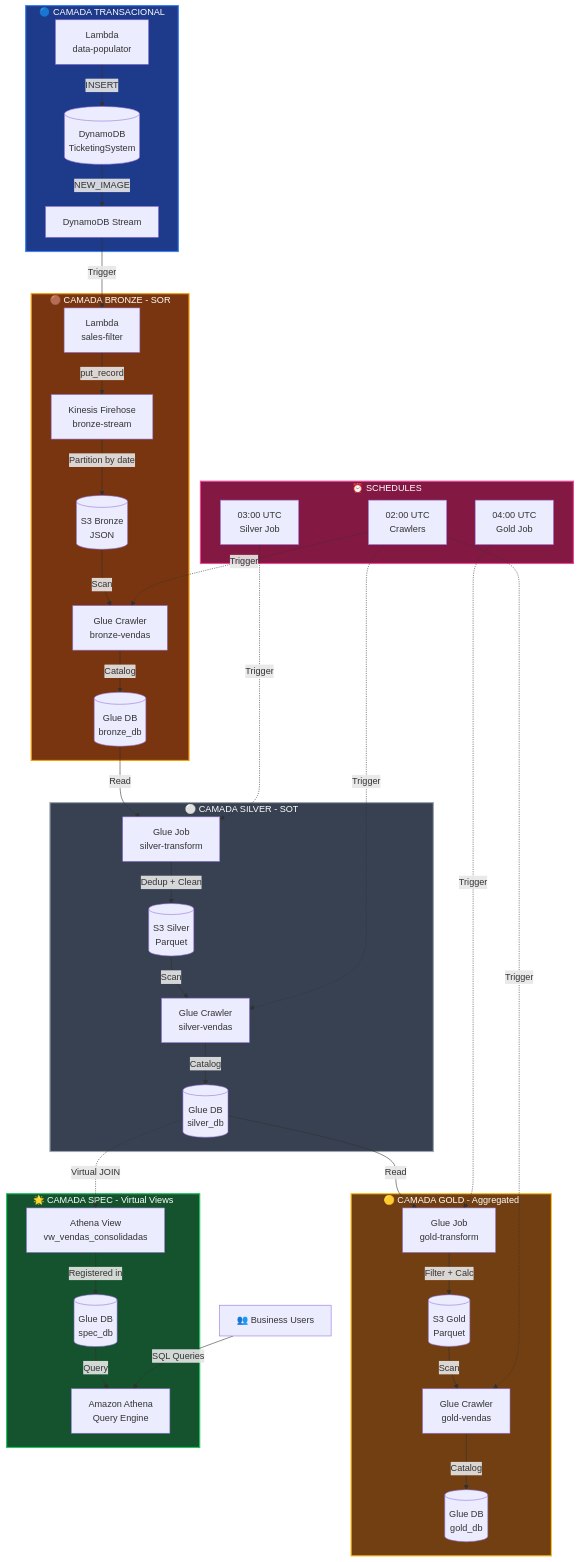
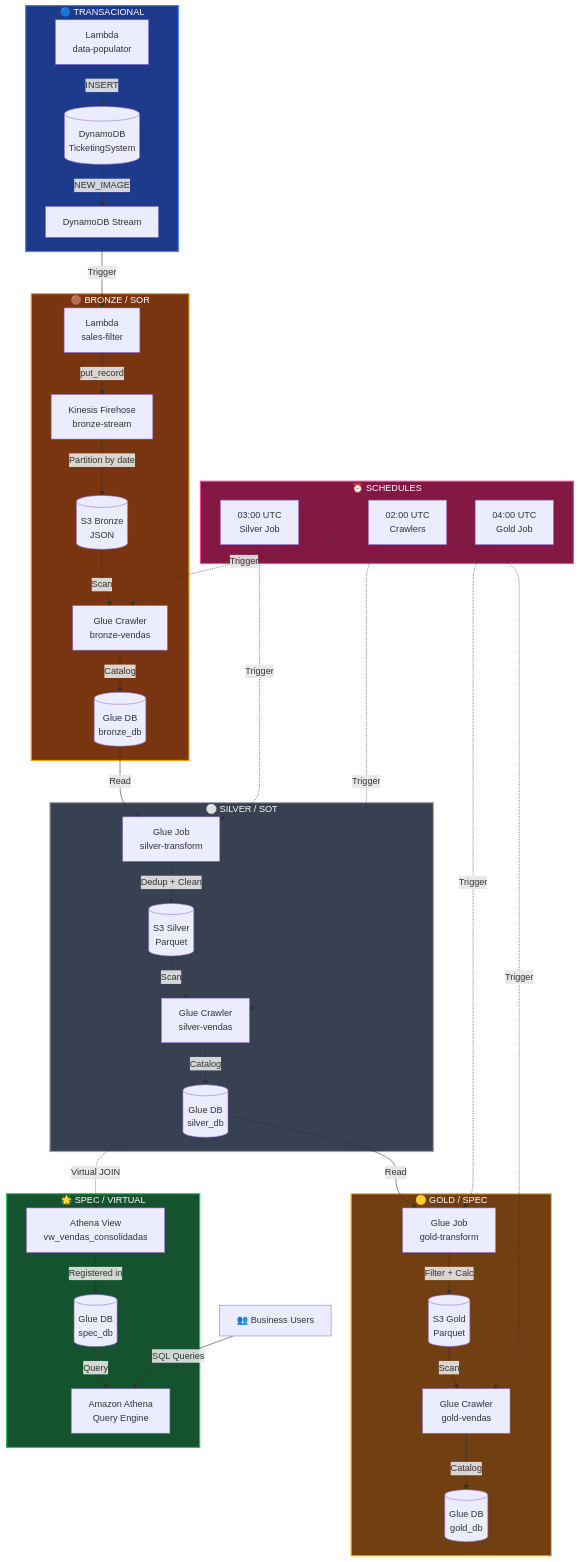
The first of 6 diagrams in ARCHITECTURE.md (kaikeventura/aws-data-lake), drawn with Mermaid before and after one commit. The commit also changed 1 other file, not shown here.

Commit message:
feat: Atualizado nomes do mermeid

````diff
--- a/ARCHITECTURE.md
+++ b/ARCHITECTURE.md
@@ -5,80 +5,80 @@
 ```mermaid
 graph TB
-    subgraph TRANSACIONAL["🔵 CAMADA TRANSACIONAL"]
+    subgraph TRANSACIONAL["🔵 TRANSACIONAL"]
         DDB[(DynamoDB<br/>TicketingSystem)]
         Stream[DynamoDB Stream]
         PopLambda[Lambda<br/>data-populator]
         
         PopLambda -->|INSERT| DDB
         DDB -->|NEW_IMAGE| Stream
     end
     
-    subgraph BRONZE["🟤 CAMADA BRONZE - SOR"]
+    subgraph BRONZE["🟤 BRONZE / SOR"]
         FilterLambda[Lambda<br/>sales-filter]
         Firehose[Kinesis Firehose<br/>bronze-stream]
         S3Bronze[(S3 Bronze<br/>JSON)]
         CrawlerBronze[Glue Crawler<br/>bronze-vendas]
         DBBronze[(Glue DB<br/>bronze_db)]
         
         Stream -->|Trigger| FilterLambda
         FilterLambda -->|put_record| Firehose
         Firehose -->|Partition by date| S3Bronze
         S3Bronze -->|Scan| CrawlerBronze
         CrawlerBronze -->|Catalog| DBBronze
     end
     
-    subgraph SILVER["⚪ CAMADA SILVER - SOT"]
+    subgraph SILVER["⚪ SILVER / SOT"]
         JobSilver[Glue Job<br/>silver-transform]
         S3Silver[(S3 Silver<br/>Parquet)]
         CrawlerSilver[Glue Crawler<br/>silver-vendas]
         DBSilver[(Glue DB<br/>silver_db)]
         
         DBBronze -->|Read| JobSilver
         JobSilver -->|Dedup + Clean| S3Silver
         S3Silver -->|Scan| CrawlerSilver
         CrawlerSilver -->|Catalog| DBSilver
     end
     
-    subgraph GOLD["🟡 CAMADA GOLD - Aggregated"]
+    subgraph GOLD["🟡 GOLD / SPEC"]
         JobGold[Glue Job<br/>gold-transform]
         S3Gold[(S3 Gold<br/>Parquet)]
         CrawlerGold[Glue Crawler<br/>gold-vendas]
         DBGold[(Glue DB<br/>gold_db)]
         
         DBSilver -->|Read| JobGold
         JobGold -->|Filter + Calc| S3Gold
         S3Gold -->|Scan| CrawlerGold
         CrawlerGold -->|Catalog| DBGold
     end
     
-    subgraph SPEC["🌟 CAMADA SPEC - Virtual Views"]
+    subgraph SPEC["🌟 SPEC / VIRTUAL"]
         DBSpec[(Glue DB<br/>spec_db)]
         AthenaView[Athena View<br/>vw_vendas_consolidadas]
         Athena[Amazon Athena<br/>Query Engine]
         
         DBSilver -.->|Virtual JOIN| AthenaView
         AthenaView -->|Registered in| DBSpec
         DBSpec -->|Query| Athena
     end
     
     subgraph SCHEDULE["⏰ SCHEDULES"]
         Cron2h[02:00 UTC<br/>Crawlers]
         Cron3h[03:00 UTC<br/>Silver Job]
         Cron4h[04:00 UTC<br/>Gold Job]
         
         Cron2h -.->|Trigger| CrawlerBronze
         Cron2h -.->|Trigger| CrawlerSilver
         Cron2h -.->|Trigger| CrawlerGold
         Cron3h -.->|Trigger| JobSilver
         Cron4h -.->|Trigger| JobGold
     end
     
     Users[👥 Business Users] -->|SQL Queries| Athena
     
     style TRANSACIONAL fill:#1e3a8a,stroke:#3b82f6,stroke-width:2px,color:#fff
     style BRONZE fill:#78350f,stroke:#f59e0b,stroke-width:2px,color:#fff
     style SILVER fill:#374151,stroke:#9ca3af,stroke-width:2px,color:#fff
     style GOLD fill:#713f12,stroke:#fbbf24,stroke-width:2px,color:#fff
     style SPEC fill:#14532d,stroke:#22c55e,stroke-width:2px,color:#fff
     style SCHEDULE fill:#831843,stroke:#ec4899,stroke-width:2px,color:#fff
 ```
````
